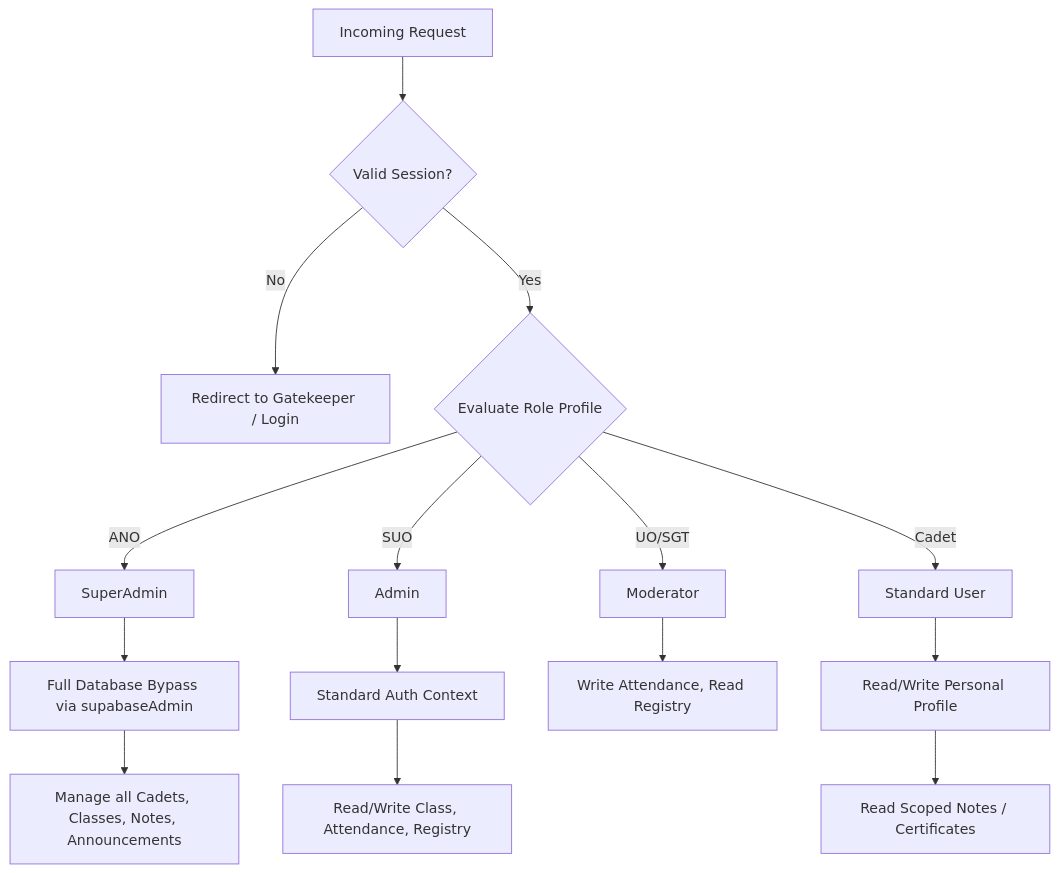
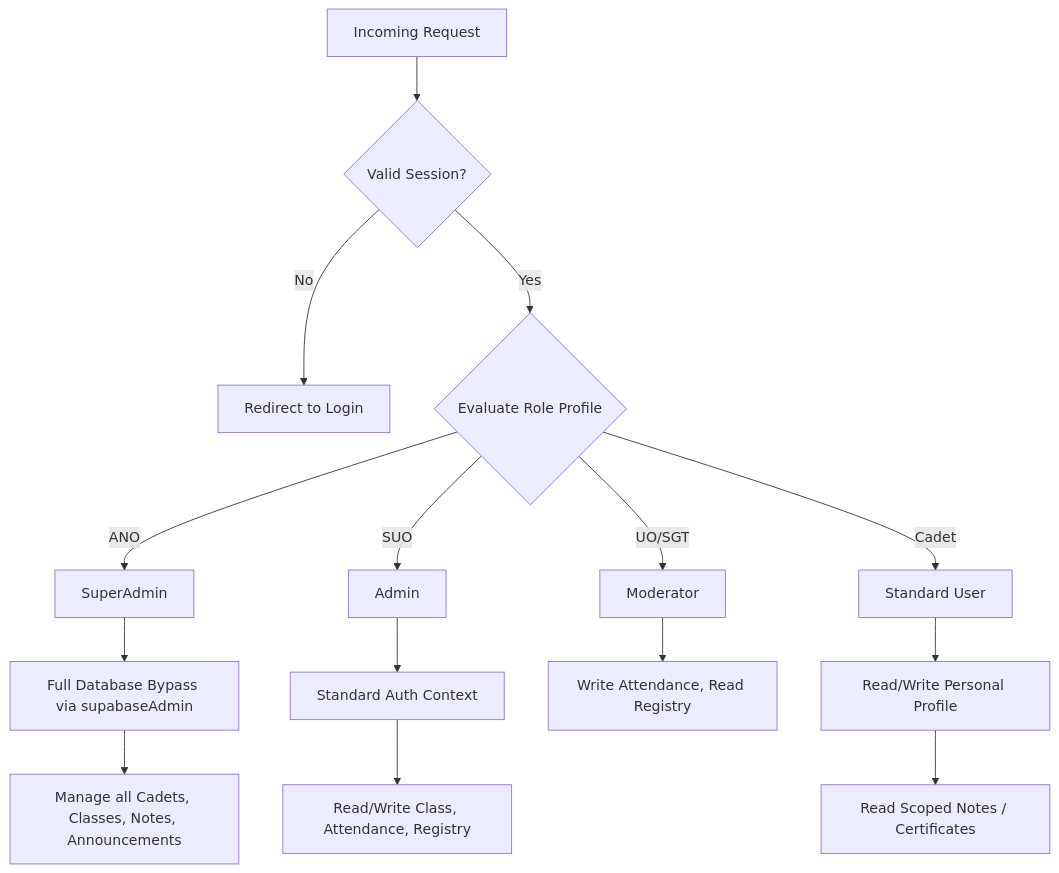
The second of 6 diagrams in ARCHITECTURE.md (CaptainCheetah978/RGU-NCC-Web-Application), drawn with Mermaid before and after one commit. The commit also changed other lines of this file and 1 other file, not shown here.

Commit message:
docs: finalize system maintainer and architecture documentation

````diff
--- a/ARCHITECTURE.md
+++ b/ARCHITECTURE.md
@@ -29,21 +29,21 @@
 ```mermaid
 graph TD
     A[Incoming Request] --> B{Valid Session?}
-    B -- No --> C[Redirect to Gatekeeper / Login]
+    B -- No --> C[Redirect to Login]
     B -- Yes --> D{Evaluate Role Profile}
     
     D -- "ANO" --> E[SuperAdmin]
     E --> E1[Full Database Bypass via supabaseAdmin]
     E1 --> E2[Manage all Cadets, Classes, Notes, Announcements]
     
     D -- "SUO" --> F[Admin]
     F --> F1[Standard Auth Context]
     F1 --> F2[Read/Write Class, Attendance, Registry]
     
     D -- "UO/SGT" --> G[Moderator]
     G --> G1[Write Attendance, Read Registry]
     
     D -- "Cadet" --> H[Standard User]
     H --> H1[Read/Write Personal Profile]
     H1 --> H2[Read Scoped Notes / Certificates]
 ```
````
